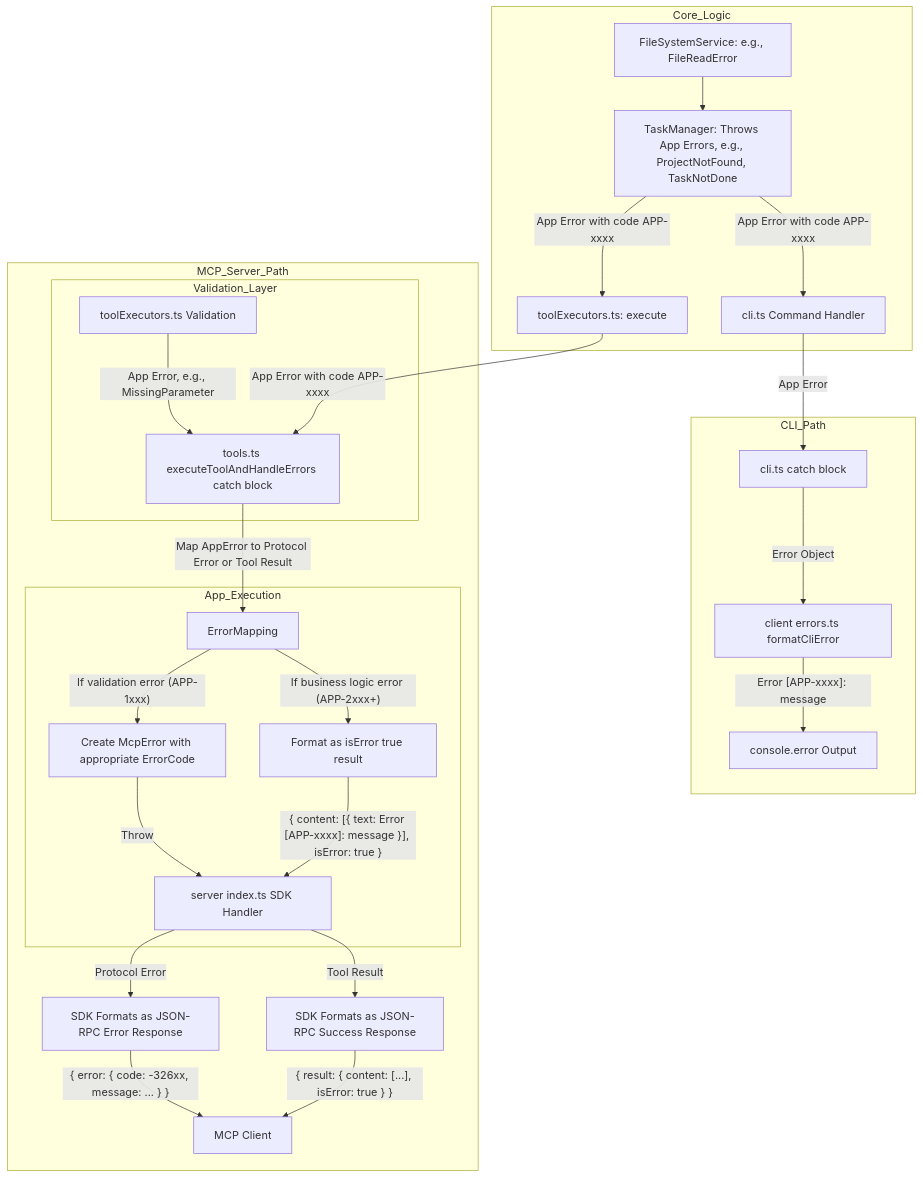
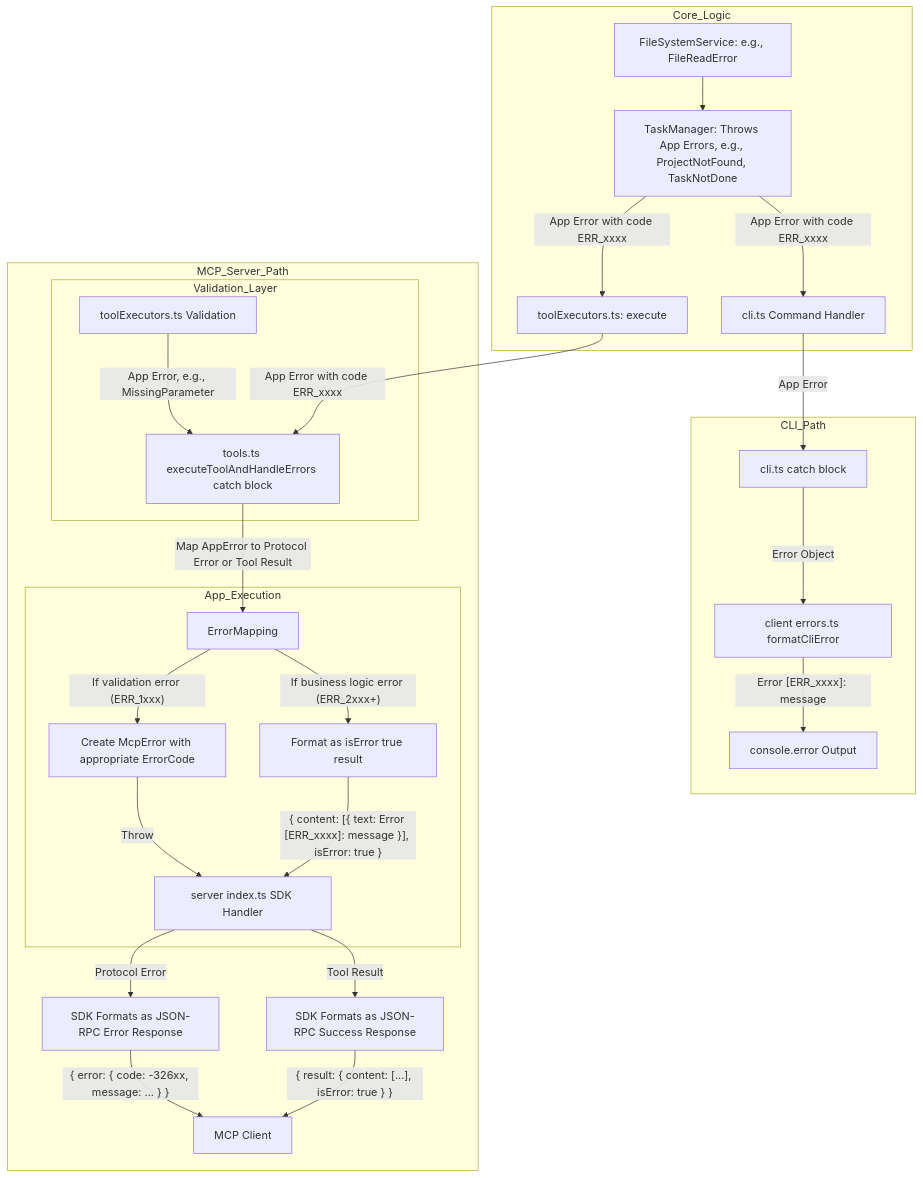
One commit to Ali0Siddique/taskqueue-mcp changed the diagram in .cursor/rules/errors.mdc. Above: the diagram before and after it, drawn with Mermaid. The commit also changed other lines of this file and 13 other files, not shown here.

````diff
--- a/.cursor/rules/errors.mdc
+++ b/.cursor/rules/errors.mdc
@@ -8,36 +8,36 @@
 ```mermaid
 graph TD
     subgraph Core_Logic
         FS[FileSystemService: e.g., FileReadError] --> TM[TaskManager: Throws App Errors, e.g., ProjectNotFound, TaskNotDone]
-        TM -->|App Error with code APP-xxxx| CLI_Handler["cli.ts Command Handler"]
-        TM -->|App Error with code APP-xxxx| ToolExec["toolExecutors.ts: execute"]
+        TM -->|App Error with code ERR_xxxx| CLI_Handler["cli.ts Command Handler"]
+        TM -->|App Error with code ERR_xxxx| ToolExec["toolExecutors.ts: execute"]
     end
 
     subgraph CLI_Path
         CLI_Handler -->|App Error| CLI_Catch["cli.ts catch block"]
         CLI_Catch -->|Error Object| FormatCLI["client errors.ts formatCliError"]
-        FormatCLI -->|"Error [APP-xxxx]: message"| ConsoleOut["console.error Output"]
+        FormatCLI -->|"Error [ERR_xxxx]: message"| ConsoleOut["console.error Output"]
     end
 
     subgraph MCP_Server_Path
         subgraph Validation_Layer
             ToolExecVal["toolExecutors.ts Validation"] -->|App Error, e.g., MissingParameter| ExecToolErrHandler
         end
         
         subgraph App_Execution
-            ToolExec -->|App Error with code APP-xxxx| ExecToolErrHandler["tools.ts executeToolAndHandleErrors catch block"]
+            ToolExec -->|App Error with code ERR_xxxx| ExecToolErrHandler["tools.ts executeToolAndHandleErrors catch block"]
             ExecToolErrHandler -->|Map AppError to Protocol Error or Tool Result| ErrorMapping
-            ErrorMapping -->|"If validation error (APP-1xxx)"| McpError["Create McpError with appropriate ErrorCode"]
-            ErrorMapping -->|"If business logic error (APP-2xxx+)"| FormatResult["Format as isError true result"]
+            ErrorMapping -->|"If validation error (ERR_1xxx)"| McpError["Create McpError with appropriate ErrorCode"]
+            ErrorMapping -->|"If business logic error (ERR_2xxx+)"| FormatResult["Format as isError true result"]
 
             McpError -->|Throw| SDKHandler["server index.ts SDK Handler"]
-            FormatResult -->|"{ content: [{ text: Error [APP-xxxx]: message }], isError: true }"| SDKHandler
+            FormatResult -->|"{ content: [{ text: Error [ERR_xxxx]: message }], isError: true }"| SDKHandler
         end
 
         SDKHandler -- Protocol Error --> SDKFormatError["SDK Formats as JSON-RPC Error Response"]
         SDKHandler -- Tool Result --> SDKFormatResult["SDK Formats as JSON-RPC Success Response"]
 
         SDKFormatError -->|"{ error: { code: -326xx, message: ... } }"| MCPClient["MCP Client"]
         SDKFormatResult -->|"{ result: { content: [...], isError: true } }"| MCPClient
     end
 ```
````
